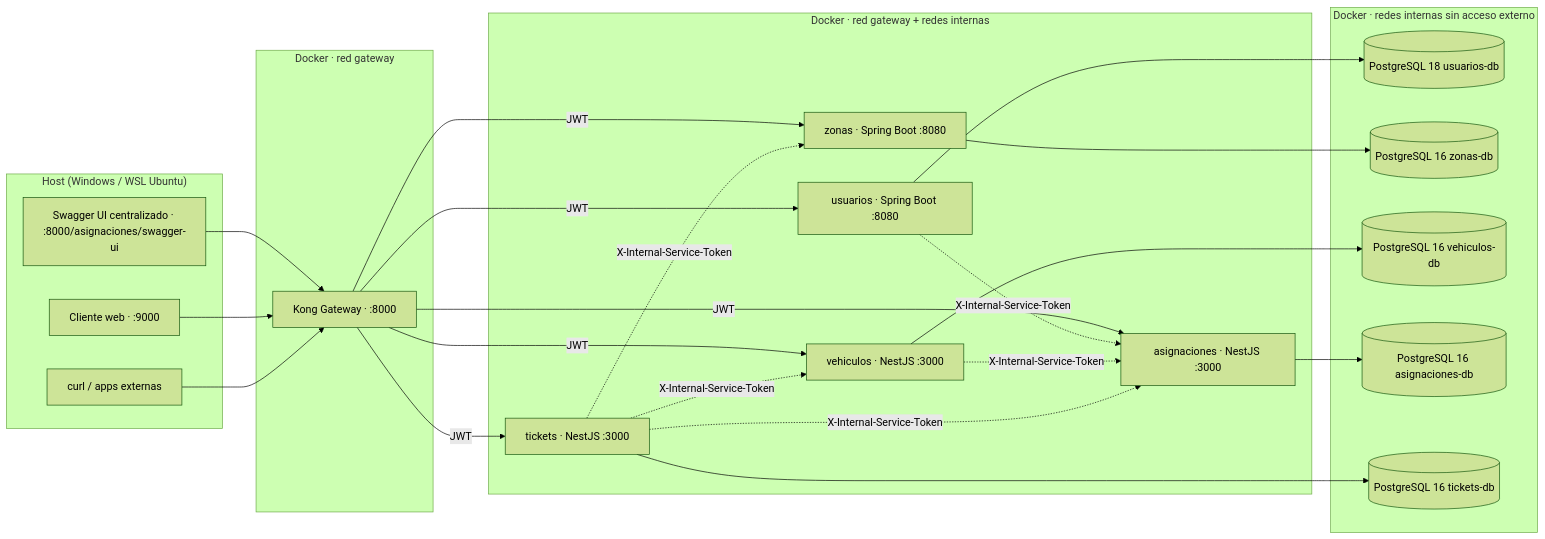
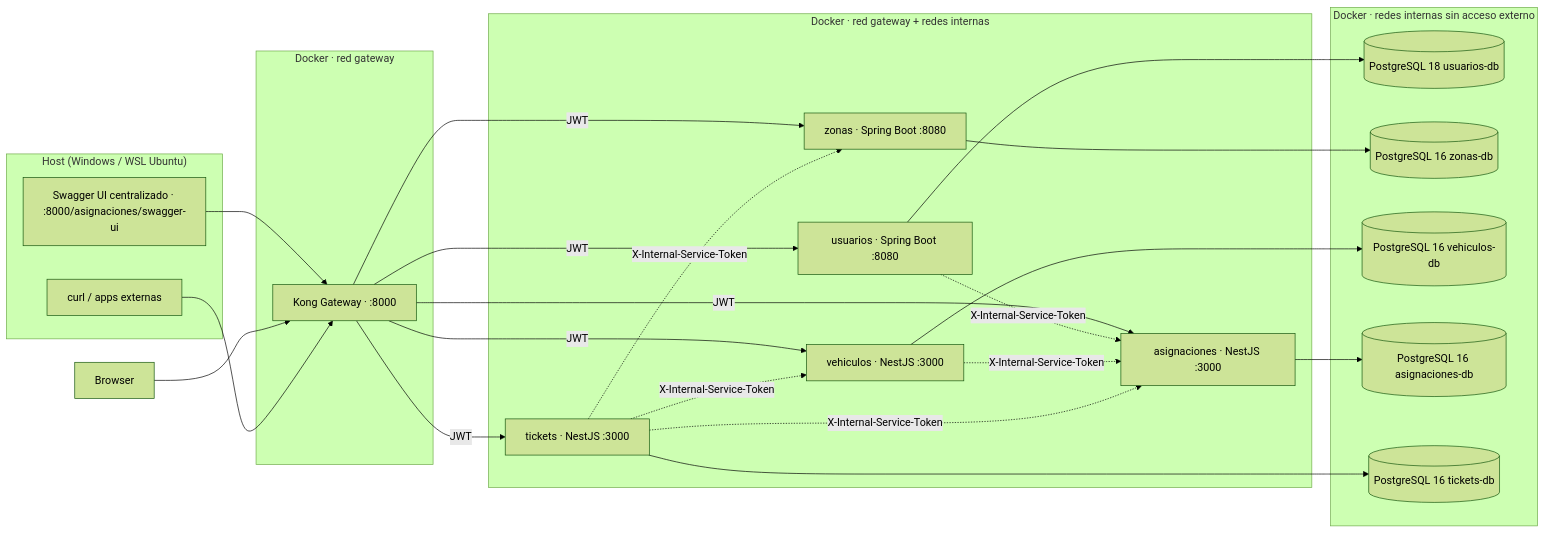
The first of 8 diagrams in README.md (AMVMesias/Distribuidas-PC2), drawn with Mermaid (forest theme) before and after one commit. The commit also changed other lines of this file and 23 other files, not shown here.

````diff
--- a/README.md
+++ b/README.md
@@ -76,47 +73,46 @@
 ```mermaid
 flowchart LR
     subgraph Host["Host (Windows / WSL Ubuntu)"]
         Swagger["Swagger UI centralizado · :8000/asignaciones/swagger-ui"]
-        Browser["Cliente web · :9000"]
         Curl["curl / apps externas"]
     end
 
     subgraph GW["Docker · red gateway"]
         Kong["Kong Gateway · :8000"]
     end
 
     subgraph BE["Docker · red gateway + redes internas"]
         Usuarios["usuarios · Spring Boot :8080"]
         Zonas["zonas · Spring Boot :8080"]
         Vehiculos["vehiculos · NestJS :3000"]
         Asignaciones["asignaciones · NestJS :3000"]
         Tickets["tickets · NestJS :3000"]
     end
 
     subgraph DB["Docker · redes internas sin acceso externo"]
         DbU[("PostgreSQL 18 usuarios-db")]
         DbZ[("PostgreSQL 16 zonas-db")]
         DbV[("PostgreSQL 16 vehiculos-db")]
         DbA[("PostgreSQL 16 asignaciones-db")]
         DbT[("PostgreSQL 16 tickets-db")]
     end
 
     Swagger --> Kong
     Browser --> Kong
     Curl --> Kong
     Kong -->|JWT| Usuarios
     Kong -->|JWT| Zonas
     Kong -->|JWT| Vehiculos
     Kong -->|JWT| Asignaciones
     Kong -->|JWT| Tickets
     Usuarios -.->|X-Internal-Service-Token| Asignaciones
     Vehiculos -.->|X-Internal-Service-Token| Asignaciones
     Tickets -.->|X-Internal-Service-Token| Vehiculos
     Tickets -.->|X-Internal-Service-Token| Asignaciones
     Tickets -.->|X-Internal-Service-Token| Zonas
     Usuarios --> DbU
     Zonas --> DbZ
     Vehiculos --> DbV
     Asignaciones --> DbA
     Tickets --> DbT
 ```
````
